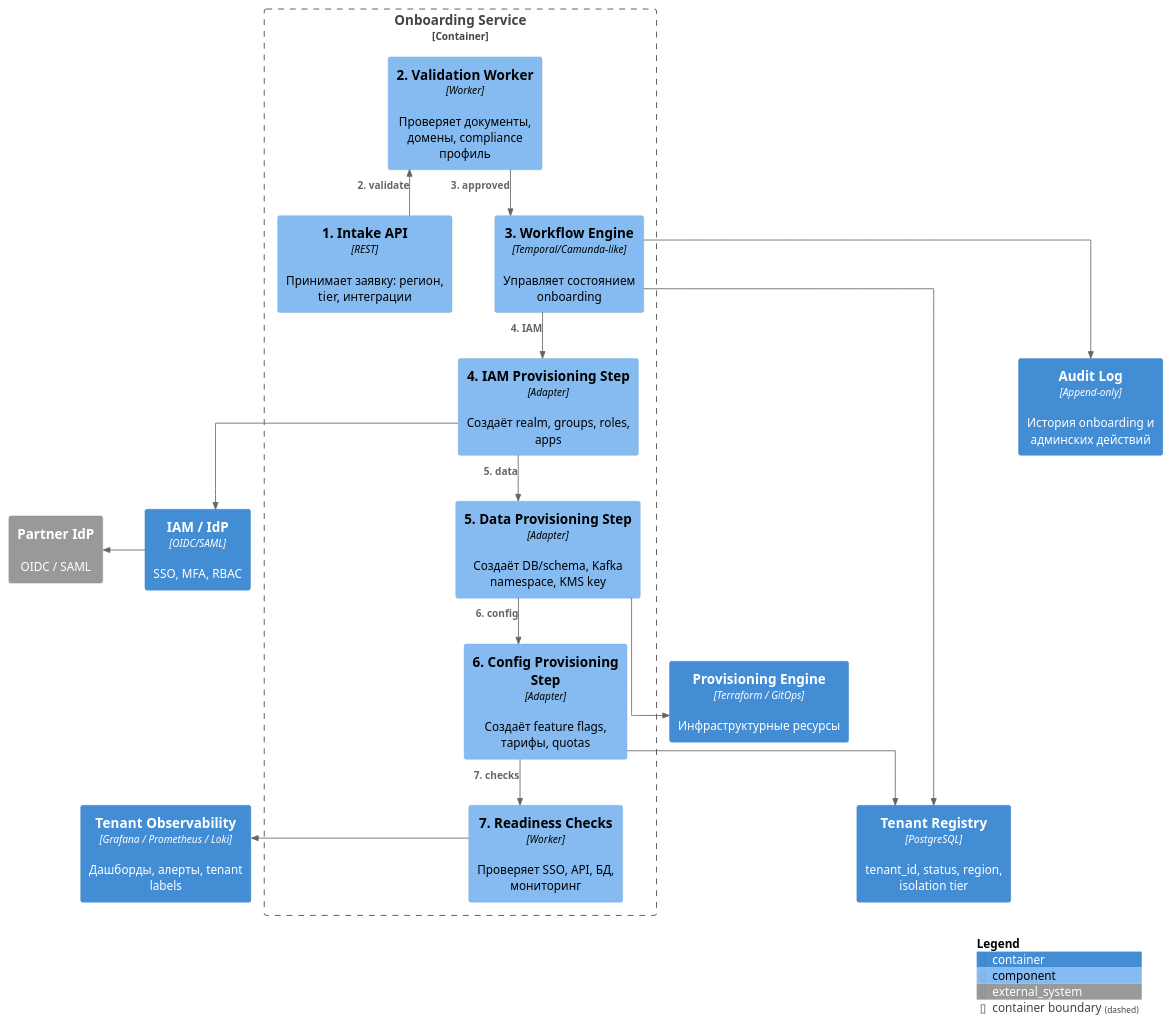
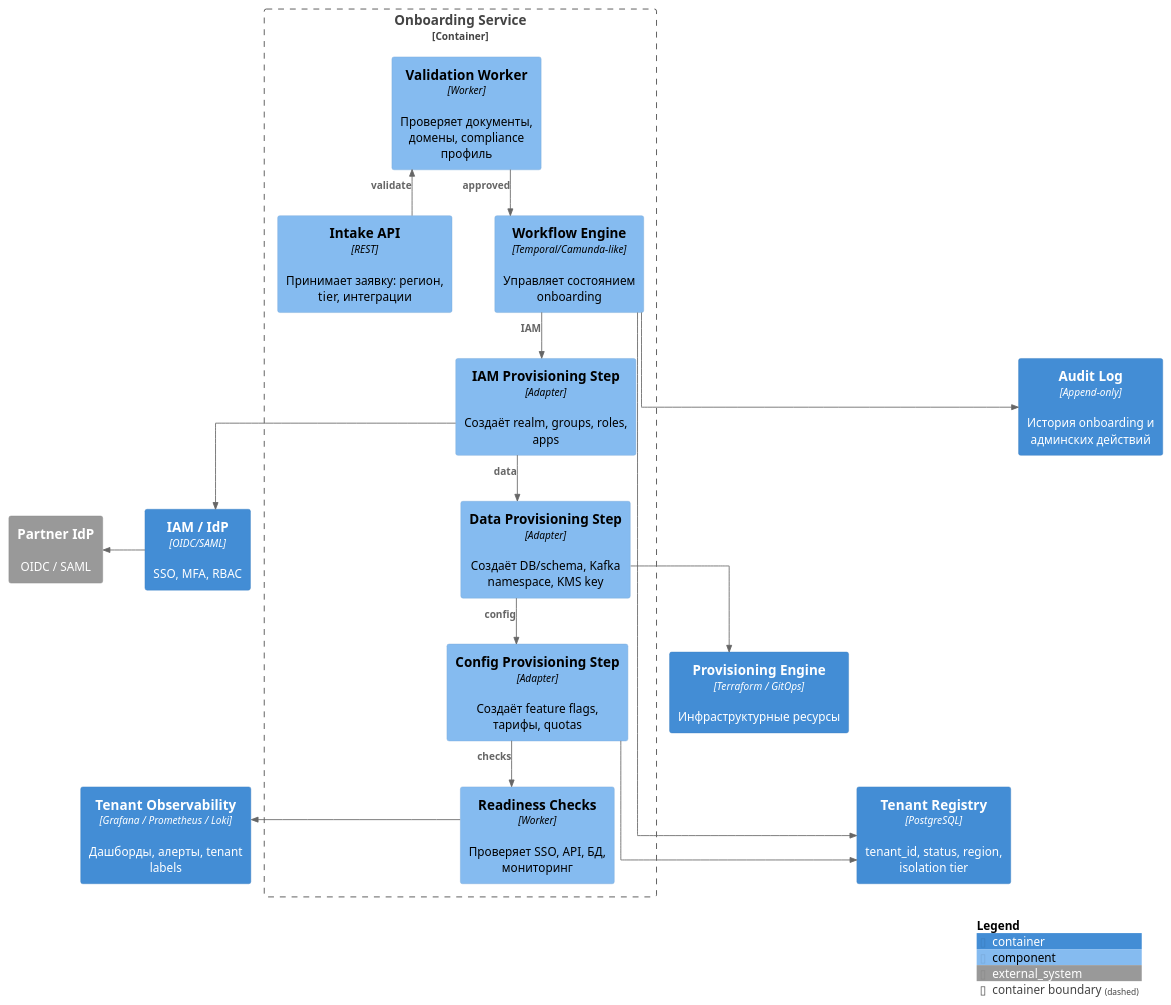
The diagram in Task5/02.c4.onboarding.puml (EtGr84/MSA-GoFuture), drawn with PlantUML before and after one commit.

```diff
--- a/Task5/02.c4.onboarding.puml
+++ b/Task5/02.c4.onboarding.puml
@@ -1,54 +1,54 @@
 @startuml GoFuture_Task5_Onboarding_C3
 !include <C4/C4_Component>
 
 LAYOUT_TOP_DOWN()
 skinparam linetype ortho
 skinparam nodesep 50
 skinparam ranksep 55
 
 System_Ext(partner_idp, "Partner IdP", "OIDC / SAML")
 
 Container_Boundary(onboarding_boundary, "Onboarding Service") {
-    Component(intake, "1. Intake API", "REST", "Принимает заявку: регион, tier, интеграции")
-    Component(validation, "2. Validation Worker", "Worker", "Проверяет документы, домены, compliance профиль")
-    Component(workflow, "3. Workflow Engine", "Temporal/Camunda-like", "Управляет состоянием onboarding")
-    Component(iam_step, "4. IAM Provisioning Step", "Adapter", "Создаёт realm, groups, roles, apps")
-    Component(data_step, "5. Data Provisioning Step", "Adapter", "Создаёт DB/schema, Kafka namespace, KMS key")
-    Component(config_step, "6. Config Provisioning Step", "Adapter", "Создаёт feature flags, тарифы, quotas")
-    Component(readiness, "7. Readiness Checks", "Worker", "Проверяет SSO, API, БД, мониторинг")
+    Component(intake, "Intake API", "REST", "Принимает заявку: регион, tier, интеграции")
+    Component(validation, "Validation Worker", "Worker", "Проверяет документы, домены, compliance профиль")
+    Component(workflow, "Workflow Engine", "Temporal/Camunda-like", "Управляет состоянием onboarding")
+    Component(iam_step, "IAM Provisioning Step", "Adapter", "Создаёт realm, groups, roles, apps")
+    Component(data_step, "Data Provisioning Step", "Adapter", "Создаёт DB/schema, Kafka namespace, KMS key")
+    Component(config_step, "Config Provisioning Step", "Adapter", "Создаёт feature flags, тарифы, quotas")
+    Component(readiness, "Readiness Checks", "Worker", "Проверяет SSO, API, БД, мониторинг")
 }
 
 Container(registry, "Tenant Registry", "PostgreSQL", "tenant_id, status, region, isolation tier")
 Container(iam, "IAM / IdP", "OIDC/SAML", "SSO, MFA, RBAC")
 Container(iac, "Provisioning Engine", "Terraform / GitOps", "Инфраструктурные ресурсы")
 Container(observability, "Tenant Observability", "Grafana / Prometheus / Loki", "Дашборды, алерты, tenant labels")
 Container(audit, "Audit Log", "Append-only", "История onboarding и админских действий")
 
-Rel_L(intake, validation, "2. validate")
-Rel(validation, workflow, "3. approved")
-Rel(workflow, iam_step, "4. IAM")
-Rel(iam_step, data_step, "5. data")
-Rel_L(data_step, config_step, "6. config")
-Rel(config_step, readiness, "7. checks")
+Rel_L(intake, validation, "validate")
+Rel(validation, workflow, "approved")
+Rel(workflow, iam_step, "IAM")
+Rel(iam_step, data_step, "data")
+Rel_L(data_step, config_step, "config")
+Rel(config_step, readiness, "checks")
 
 Rel(workflow, registry, "")
 Rel(iam_step, iam, "")
 Rel_L(iam, partner_idp, "")
 Rel(data_step, iac, "")
 Rel(config_step, registry, "")
 Rel_L(readiness, observability, "")
 Rel(workflow, audit, "")
 
 Lay_D(intake, validation)
 Lay_D(validation, workflow)
 Lay_D(workflow, iam_step)
 Lay_D(iam_step, data_step)
 Lay_D(data_step, config_step)
 Lay_D(config_step, readiness)
 Lay_R(workflow, registry)
 Lay_R(iam_step, iam)
 Lay_R(data_step, iac)
 Lay_R(readiness, observability)
 
 SHOW_LEGEND()
 @enduml
```
